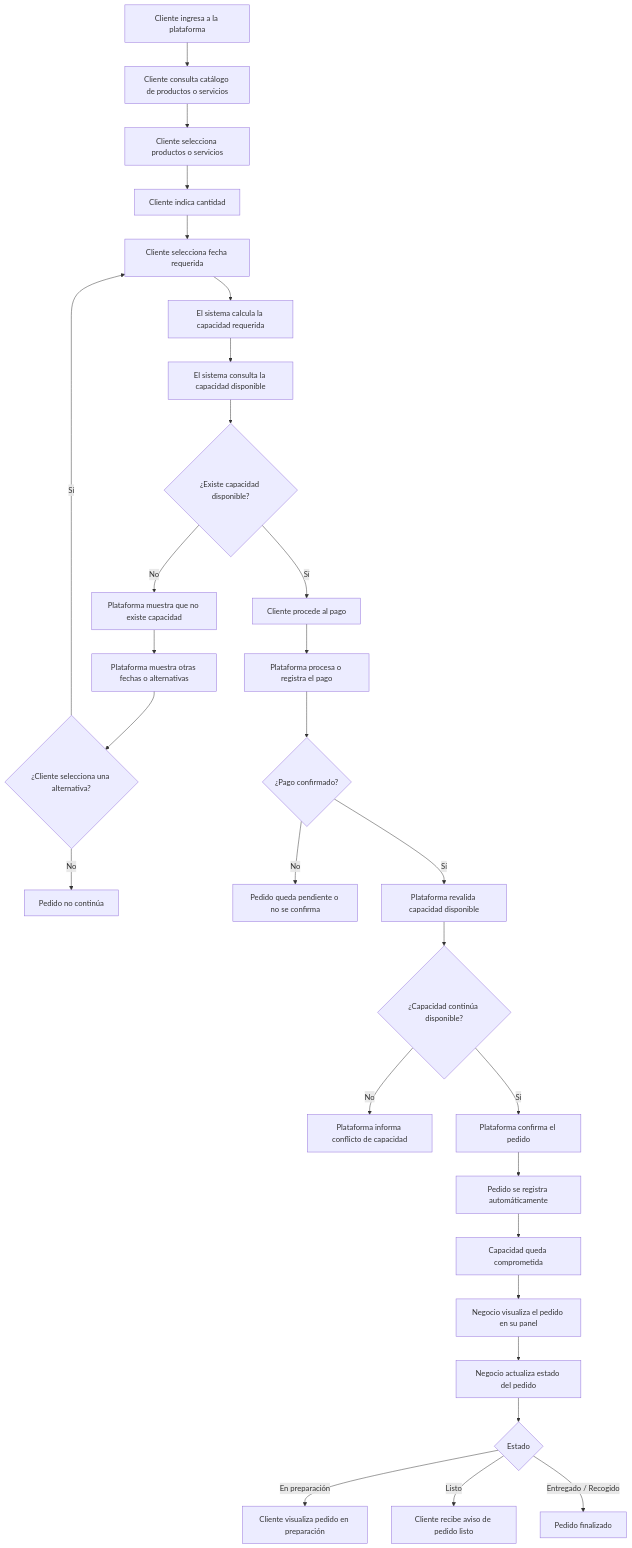
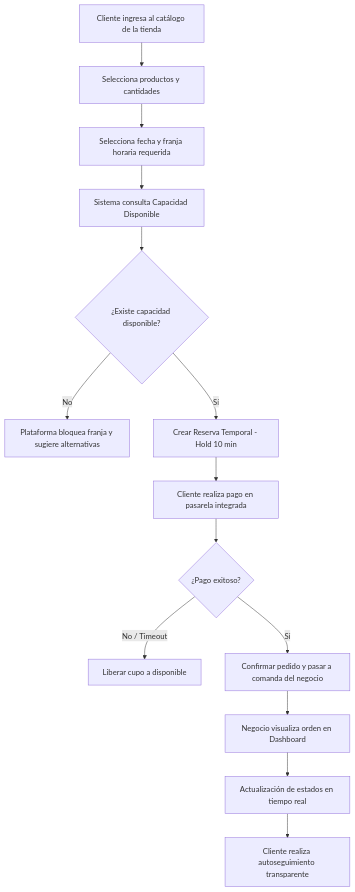
One commit to iJosueeh/jaldishop changed the third of 3 diagrams in docs/04-design/proceso/as-is-to-be.md. Above: the diagram before and after it, drawn with Mermaid. The commit also changed other lines of this file and 8 other files, not shown here.

````diff
--- a/docs/04-design/proceso/as-is-to-be.md
+++ b/docs/04-design/proceso/as-is-to-be.md
@@ -136,45 +89,21 @@
 ```mermaid
 flowchart TD
-    A[Cliente ingresa a la plataforma]
-    A --> B[Cliente consulta catálogo de productos o servicios]
-    B --> C[Cliente selecciona productos o servicios]
-    C --> D[Cliente indica cantidad]
-    D --> E[Cliente selecciona fecha requerida]
-
-    E --> F[El sistema calcula la capacidad requerida]
-    F --> G[El sistema consulta la capacidad disponible]
-
-    G --> H{¿Existe capacidad disponible?}
-
-    H -->|No| I[Plataforma muestra que no existe capacidad]
-    I --> J[Plataforma muestra otras fechas o alternativas]
-    J --> K{¿Cliente selecciona una alternativa?}
-
-    K -->|Sí| E
-    K -->|No| L[Pedido no continúa]
-
-    H -->|Sí| M[Cliente procede al pago]
-    M --> N[Plataforma procesa o registra el pago]
-
-    N --> O{¿Pago confirmado?}
-
-    O -->|No| P[Pedido queda pendiente o no se confirma]
-    O -->|Sí| Q[Plataforma revalida capacidad disponible]
-
-    Q --> R{¿Capacidad continúa disponible?}
-
-    R -->|No| S[Plataforma informa conflicto de capacidad]
-    R -->|Sí| T[Plataforma confirma el pedido]
-
-    T --> U[Pedido se registra automáticamente]
-    U --> V[Capacidad queda comprometida]
-    V --> W[Negocio visualiza el pedido en su panel]
-
-    W --> X[Negocio actualiza estado del pedido]
-
-    X --> Y{Estado}
-
-    Y -->|En preparación| Z[Cliente visualiza pedido en preparación]
-    Y -->|Listo| AA[Cliente recibe aviso de pedido listo]
-    Y -->|Entregado / Recogido| AB[Pedido finalizado]
+    A[Cliente ingresa al catálogo de la tienda] --> B[Selecciona productos y cantidades]
+    B --> C[Selecciona fecha y franja horaria requerida]
+    
+    C --> D[Sistema consulta Capacidad Disponible]
+    D --> E{¿Existe capacidad disponible?}
+    
+    E -->|No| F[Plataforma bloquea franja y sugiere alternativas]
+    E -->|Sí| G[Crear Reserva Temporal - Hold 10 min]
+    
+    G --> H[Cliente realiza pago en pasarela integrada]
+    H --> I{¿Pago exitoso?}
+    
+    I -->|No / Timeout| J[Liberar cupo a disponible]
+    I -->|Sí| K[Confirmar pedido y pasar a comanda del negocio]
+    
+    K --> L[Negocio visualiza orden en Dashboard]
+    L --> M[Actualización de estados en tiempo real]
+    M --> N[Cliente realiza autoseguimiento transparente]
 ```
````
